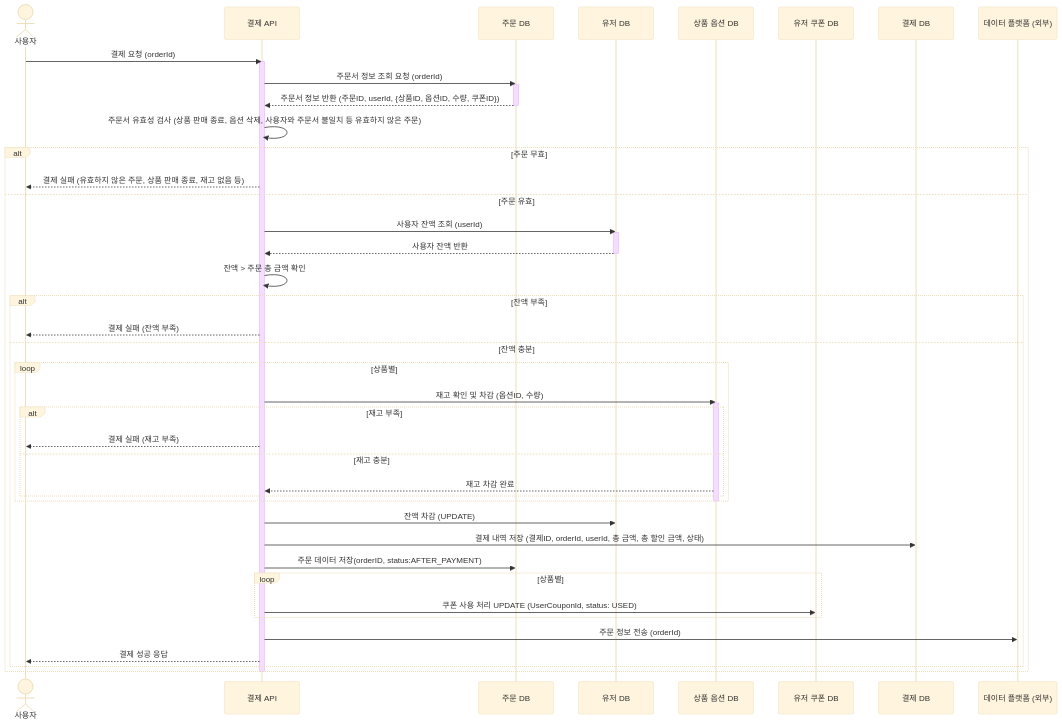
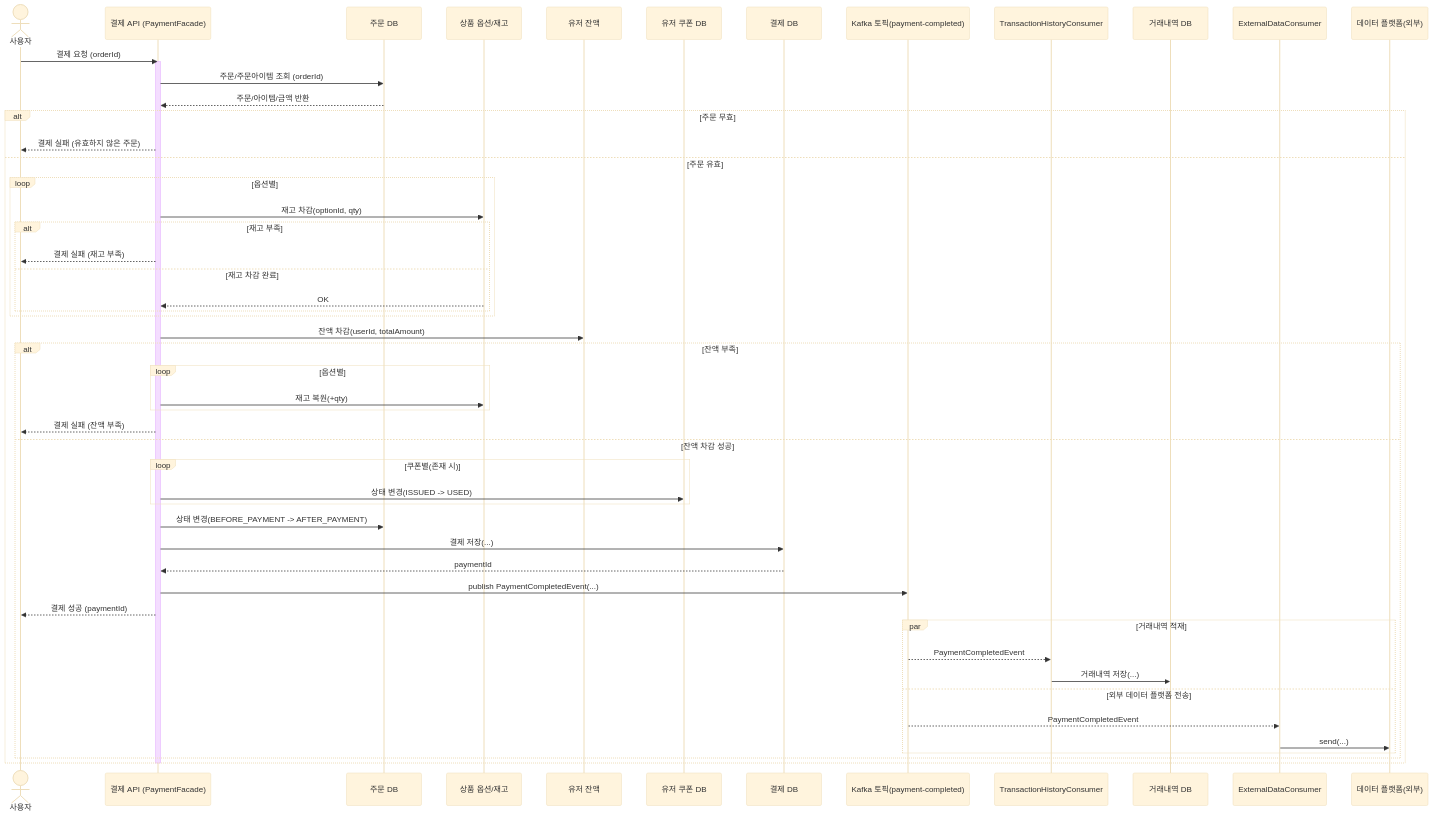
One commit to sky96027/e-commerce changed the ninth of 10 diagrams in docs/설계/Sequence.md. Above: the diagram before and after it, drawn with Mermaid (base theme). The commit also changed other lines of this file, not shown here.

Commit message:
DOCS : 시퀀스 다이어그램 변경

````diff
--- a/docs/설계/Sequence.md
+++ b/docs/설계/Sequence.md
@@ -270,68 +279,61 @@
 ```mermaid
 sequenceDiagram
     actor User as 사용자
-    participant PaymentAPI as 결제 API
+    participant PaymentAPI as 결제 API (PaymentFacade)
     participant OrderDB as 주문 DB
-    participant UserDB as 유저 DB
-    participant ProductOptionDB as 상품 옵션 DB
+    participant ProductSvc as 상품 옵션/재고
+    participant UserDB as 유저 잔액
     participant UserCouponDB as 유저 쿠폰 DB
     participant PaymentDB as 결제 DB
-    participant DataPlatform as 데이터 플랫폼 (외부)
+    participant Kafka as Kafka 토픽(payment-completed)
+    participant TxConsumer as TransactionHistoryConsumer
+    participant TxDB as 거래내역 DB
+    participant DataConsumer as ExternalDataConsumer
+    participant DataPlatform as 데이터 플랫폼(외부)
 
     User ->> PaymentAPI: 결제 요청 (orderId)
     activate PaymentAPI
 
-    %% 1. 주문 유효성 확인
-    PaymentAPI ->> OrderDB: 주문서 정보 조회 요청 (orderId)
-    activate OrderDB
-    OrderDB -->> PaymentAPI: 주문서 정보 반환 (주문ID, userId, {상품ID, 옵션ID, 수량, 쿠폰ID})
-    deactivate OrderDB
-    PaymentAPI ->> PaymentAPI: 주문서 유효성 검사 (상품 판매 종료, 옵션 삭제, 사용자와 주문서 불일치 등 유효하지 않은 주문)
+    PaymentAPI ->> OrderDB: 주문/주문아이템 조회 (orderId)
+    OrderDB -->> PaymentAPI: 주문/아이템/금액 반환
+
     alt 주문 무효
-        PaymentAPI -->> User: 결제 실패 (유효하지 않은 주문, 상품 판매 종료, 재고 없음 등)
+        PaymentAPI -->> User: 결제 실패 (유효하지 않은 주문)
     else 주문 유효
-        %% 2. 결제 금액 확인
-        
+        loop 옵션별
+            PaymentAPI ->> ProductSvc: 재고 차감(optionId, qty)
+            alt 재고 부족
+                PaymentAPI -->> User: 결제 실패 (재고 부족)
+            else 재고 차감 완료
+                ProductSvc -->> PaymentAPI: OK
+            end
+        end
 
-        %% 3. 잔액 확인
-        PaymentAPI ->> UserDB: 사용자 잔액 조회 (userId)
-        activate UserDB
-        UserDB -->> PaymentAPI: 사용자 잔액 반환
-        deactivate UserDB
-        PaymentAPI ->> PaymentAPI: 잔액 > 주문 총 금액 확인
+        PaymentAPI ->> UserDB: 잔액 차감(userId, totalAmount)
         alt 잔액 부족
+            loop 옵션별
+                PaymentAPI ->> ProductSvc: 재고 복원(+qty)
+            end
             PaymentAPI -->> User: 결제 실패 (잔액 부족)
-        else 잔액 충분
-            %% 4. 재고 차감
-            loop 상품별
-                PaymentAPI ->> ProductOptionDB: 재고 확인 및 차감 (옵션ID, 수량)
-                activate ProductOptionDB
-                alt 재고 부족
-                    PaymentAPI -->> User: 결제 실패 (재고 부족)
-                else 재고 충분
-                    ProductOptionDB -->> PaymentAPI: 재고 차감 완료
-                end
+        else 잔액 차감 성공
+            loop 쿠폰별(존재 시)
+                PaymentAPI ->> UserCouponDB: 상태 변경(ISSUED -> USED)
             end
-            deactivate ProductOptionDB
-						%% 5. 잔액 차감
-            PaymentAPI ->> UserDB: 잔액 차감 (UPDATE)
-						
-            %% 6. 결제 내역 저장
-            PaymentAPI ->> PaymentDB: 결제 내역 저장 (결제ID, orderId, userId, 총 금액, 총 할인 금액, 상태)
-            
-            %% 7. 주문 정보 저장
-            PaymentAPI ->> OrderDB: 주문 데이터 저장(orderID, status:AFTER_PAYMENT)
+            PaymentAPI ->> OrderDB: 상태 변경(BEFORE_PAYMENT -> AFTER_PAYMENT)
+            PaymentAPI ->> PaymentDB: 결제 저장(...)
+            PaymentDB -->> PaymentAPI: paymentId
+            PaymentAPI ->> Kafka: publish PaymentCompletedEvent(...)
+            PaymentAPI -->> User: 결제 성공 (paymentId)
 
-            %% 8. 쿠폰 사용 처리
-            loop 상품별
-                PaymentAPI ->> UserCouponDB: 쿠폰 사용 처리 UPDATE (UserCouponId, status: USED)
+            par 거래내역 적재
+                Kafka -->> TxConsumer: PaymentCompletedEvent
+                TxConsumer ->> TxDB: 거래내역 저장(...)
+            and 외부 데이터 플랫폼 전송
+                Kafka -->> DataConsumer: PaymentCompletedEvent
+                DataConsumer ->> DataPlatform: send(...)
             end
-
-            %% 9. 데이터 플랫폼 전송
-            PaymentAPI ->> DataPlatform: 주문 정보 전송 (orderId)
-
-            PaymentAPI -->> User: 결제 성공 응답
         end
     end
     deactivate PaymentAPI
+
 ```
````
